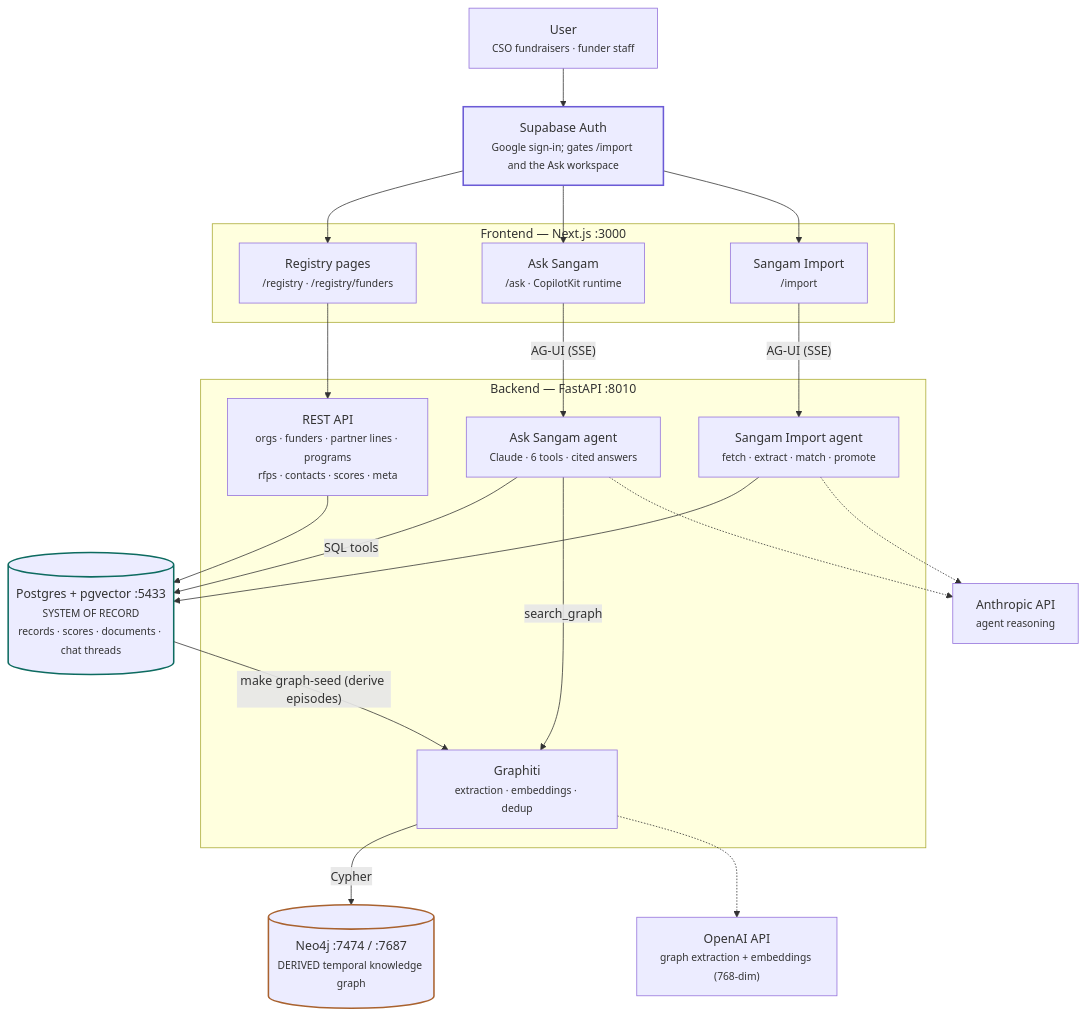
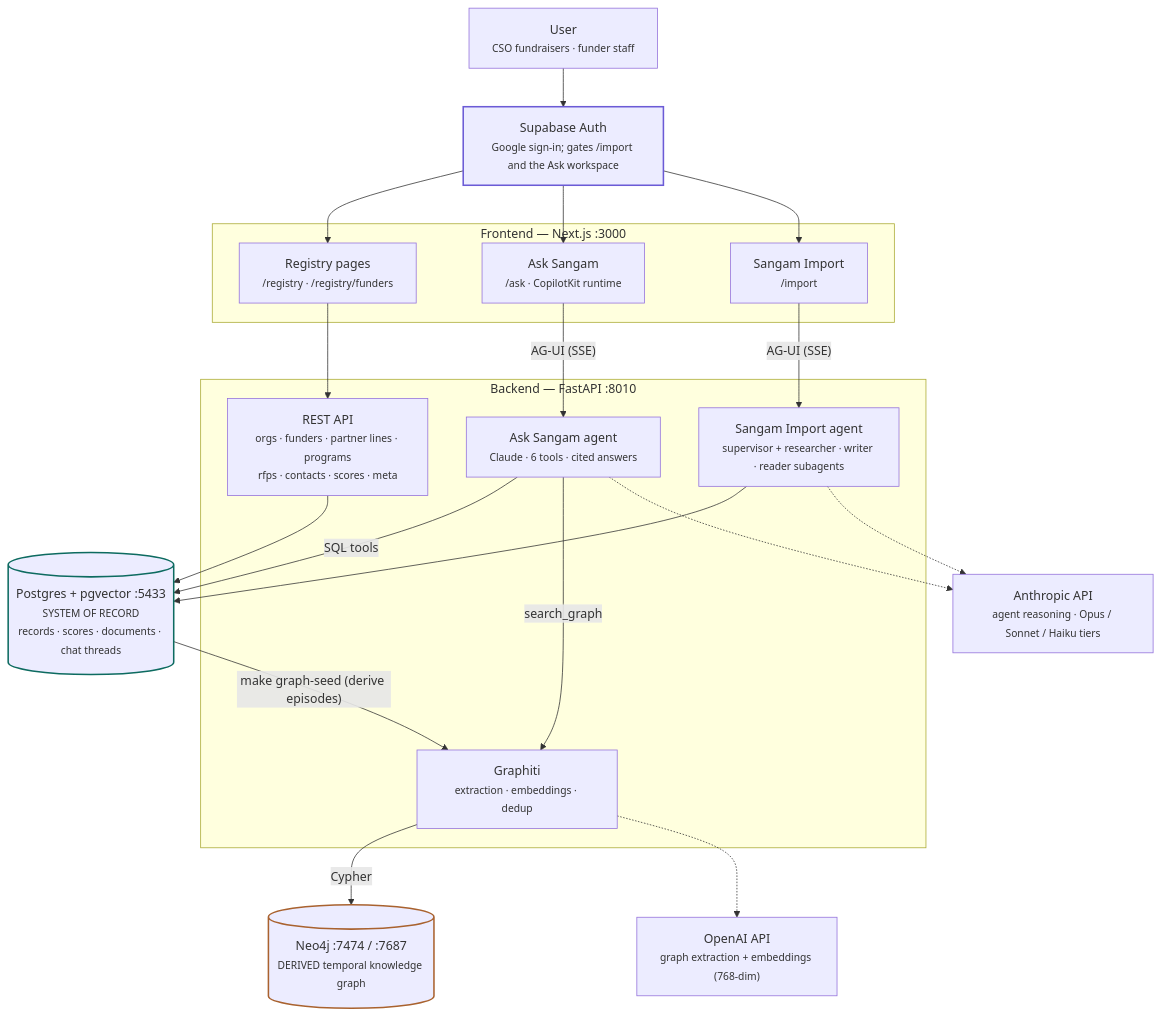
One commit to project-tech4dev/sangam changed the diagram in README.md. Above: the diagram before and after it, drawn with Mermaid. The commit also changed other lines of this file, not shown here.

Commit message:
README: models, prompts vs skills, and Import's shape

````diff
--- a/README.md
+++ b/README.md
@@ -25,43 +25,43 @@
 ```mermaid
 flowchart TD
   U["User<br/><small>CSO fundraisers · funder staff</small>"]
   AUTH["Supabase Auth<br/><small>Google sign-in; gates /import and the Ask workspace</small>"]
 
   subgraph FE["Frontend — Next.js :3000"]
     PAGES["Registry pages<br/><small>/registry · /registry/funders</small>"]
     CHAT["Ask Sangam<br/><small>/ask · CopilotKit runtime</small>"]
     IMPORT["Sangam Import<br/><small>/import</small>"]
   end
 
   subgraph BE["Backend — FastAPI :8010"]
     REST["REST API<br/><small>orgs · funders · partner lines · programs<br/>rfps · contacts · scores · meta</small>"]
     AGENT["Ask Sangam agent<br/><small>Claude · 6 tools · cited answers</small>"]
-    INGEST["Sangam Import agent<br/><small>fetch · extract · match · promote</small>"]
+    INGEST["Sangam Import agent<br/><small>supervisor + researcher · writer · reader subagents</small>"]
     GRT["Graphiti<br/><small>extraction · embeddings · dedup</small>"]
   end
 
   PG[("Postgres + pgvector :5433<br/><small>SYSTEM OF RECORD<br/>records · scores · documents · chat threads</small>")]
   NEO[("Neo4j :7474 / :7687<br/><small>DERIVED temporal knowledge graph</small>")]
 
-  ANT["Anthropic API<br/><small>agent reasoning</small>"]
+  ANT["Anthropic API<br/><small>agent reasoning · Opus / Sonnet / Haiku tiers</small>"]
   OAI["OpenAI API<br/><small>graph extraction + embeddings (768-dim)</small>"]
 
   U --> AUTH
   AUTH --> PAGES & CHAT & IMPORT
   PAGES --> REST
   CHAT -- "AG-UI (SSE)" --> AGENT
   IMPORT -- "AG-UI (SSE)" --> INGEST
   REST --> PG
   AGENT -- "SQL tools" --> PG
   INGEST --> PG
   AGENT -- "search_graph" --> GRT
   GRT -- Cypher --> NEO
   PG -- "make graph-seed (derive episodes)" --> GRT
   AGENT -.-> ANT
   INGEST -.-> ANT
   GRT -.-> OAI
 
   style PG stroke:#0d6b60,stroke-width:2px
   style NEO stroke:#a9622f,stroke-width:2px
   style AUTH stroke:#6b5bd6,stroke-width:2px
 ```
````
